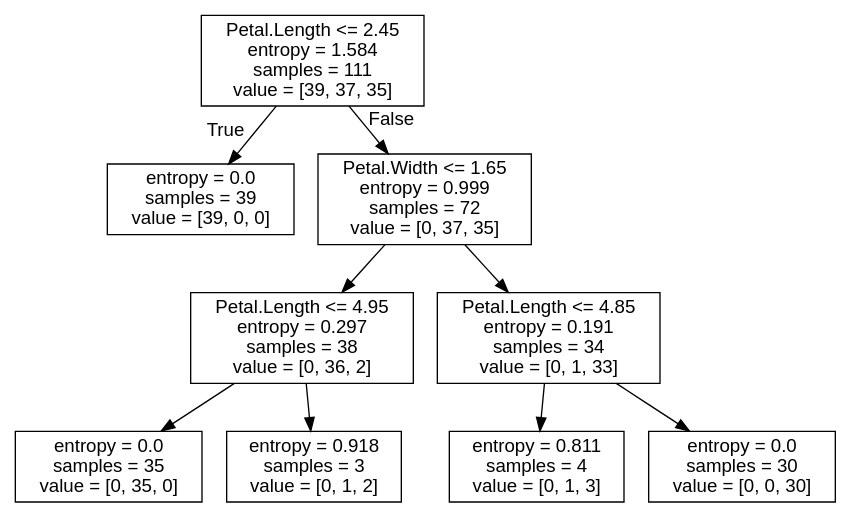
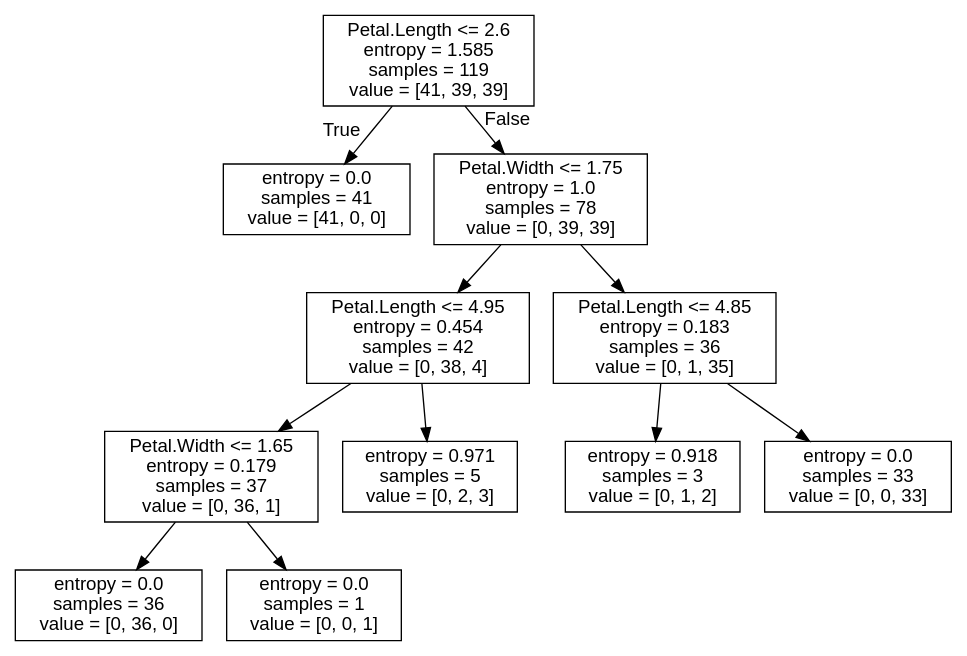
Before and after one commit to jmudarra23/python-ml-course: the diagram in notebooks/Part 7 - Arboles y Bosques Aleatorios/resources/iris_dtree.dot, drawn with Graphviz. The commit also changed 13 other files, not shown here.

```diff
--- a/notebooks/Part 7 - Arboles y Bosques Aleatorios/resources/iris_dtree.dot
+++ b/notebooks/Part 7 - Arboles y Bosques Aleatorios/resources/iris_dtree.dot
@@ -1,21 +1,25 @@
 digraph Tree {
 node [shape=box, fontname="helvetica"] ;
 edge [fontname="helvetica"] ;
-0 [label="Petal.Length <= 2.45\nentropy = 1.584\nsamples = 111\nvalue = [39, 37, 35]"] ;
-1 [label="entropy = 0.0\nsamples = 39\nvalue = [39, 0, 0]"] ;
+0 [label="Petal.Length <= 2.6\nentropy = 1.585\nsamples = 119\nvalue = [41, 39, 39]"] ;
+1 [label="entropy = 0.0\nsamples = 41\nvalue = [41, 0, 0]"] ;
 0 -> 1 [labeldistance=2.5, labelangle=45, headlabel="True"] ;
-2 [label="Petal.Width <= 1.65\nentropy = 0.999\nsamples = 72\nvalue = [0, 37, 35]"] ;
+2 [label="Petal.Width <= 1.75\nentropy = 1.0\nsamples = 78\nvalue = [0, 39, 39]"] ;
 0 -> 2 [labeldistance=2.5, labelangle=-45, headlabel="False"] ;
-3 [label="Petal.Length <= 4.95\nentropy = 0.297\nsamples = 38\nvalue = [0, 36, 2]"] ;
+3 [label="Petal.Length <= 4.95\nentropy = 0.454\nsamples = 42\nvalue = [0, 38, 4]"] ;
 2 -> 3 ;
-4 [label="entropy = 0.0\nsamples = 35\nvalue = [0, 35, 0]"] ;
+4 [label="Petal.Width <= 1.65\nentropy = 0.179\nsamples = 37\nvalue = [0, 36, 1]"] ;
 3 -> 4 ;
-5 [label="entropy = 0.918\nsamples = 3\nvalue = [0, 1, 2]"] ;
-3 -> 5 ;
-6 [label="Petal.Length <= 4.85\nentropy = 0.191\nsamples = 34\nvalue = [0, 1, 33]"] ;
-2 -> 6 ;
-7 [label="entropy = 0.811\nsamples = 4\nvalue = [0, 1, 3]"] ;
-6 -> 7 ;
-8 [label="entropy = 0.0\nsamples = 30\nvalue = [0, 0, 30]"] ;
-6 -> 8 ;
+5 [label="entropy = 0.0\nsamples = 36\nvalue = [0, 36, 0]"] ;
+4 -> 5 ;
+6 [label="entropy = 0.0\nsamples = 1\nvalue = [0, 0, 1]"] ;
+4 -> 6 ;
+7 [label="entropy = 0.971\nsamples = 5\nvalue = [0, 2, 3]"] ;
+3 -> 7 ;
+8 [label="Petal.Length <= 4.85\nentropy = 0.183\nsamples = 36\nvalue = [0, 1, 35]"] ;
+2 -> 8 ;
+9 [label="entropy = 0.918\nsamples = 3\nvalue = [0, 1, 2]"] ;
+8 -> 9 ;
+10 [label="entropy = 0.0\nsamples = 33\nvalue = [0, 0, 33]"] ;
+8 -> 10 ;
 }
```
